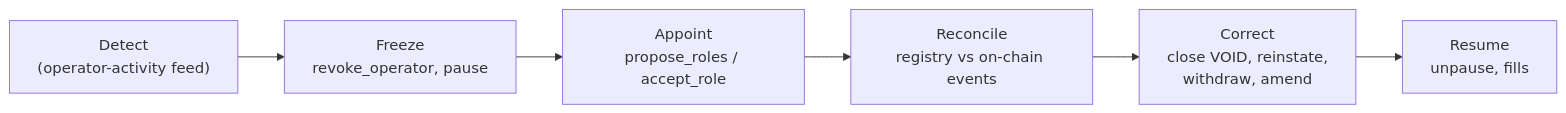
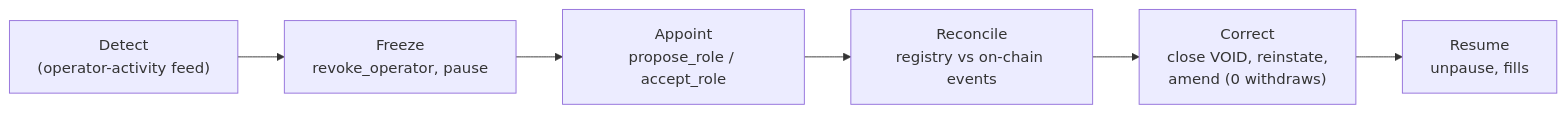
The second of 2 diagrams in docs/security/incident-response.md (mutav-finance/mutav-protocol-solana), drawn with Mermaid before and after one commit. The commit also changed other lines of this file and 41 other files, not shown here.

````diff
--- a/docs/security/incident-response.md
+++ b/docs/security/incident-response.md
@@ -51,8 +51,8 @@
 ```mermaid
 flowchart LR
     D["Detect<br/>(operator-activity feed)"] --> F["Freeze<br/>revoke_operator, pause"]
-    F --> A["Appoint<br/>propose_roles / accept_role"]
+    F --> A["Appoint<br/>propose_role / accept_role"]
     A --> R["Reconcile<br/>registry vs on-chain events"]
-    R --> C["Correct<br/>close VOID, reinstate,<br/>withdraw, amend"]
+    R --> C["Correct<br/>close VOID, reinstate,<br/>amend (0 withdraws)"]
     C --> S["Resume<br/>unpause, fills"]
 ```
````
